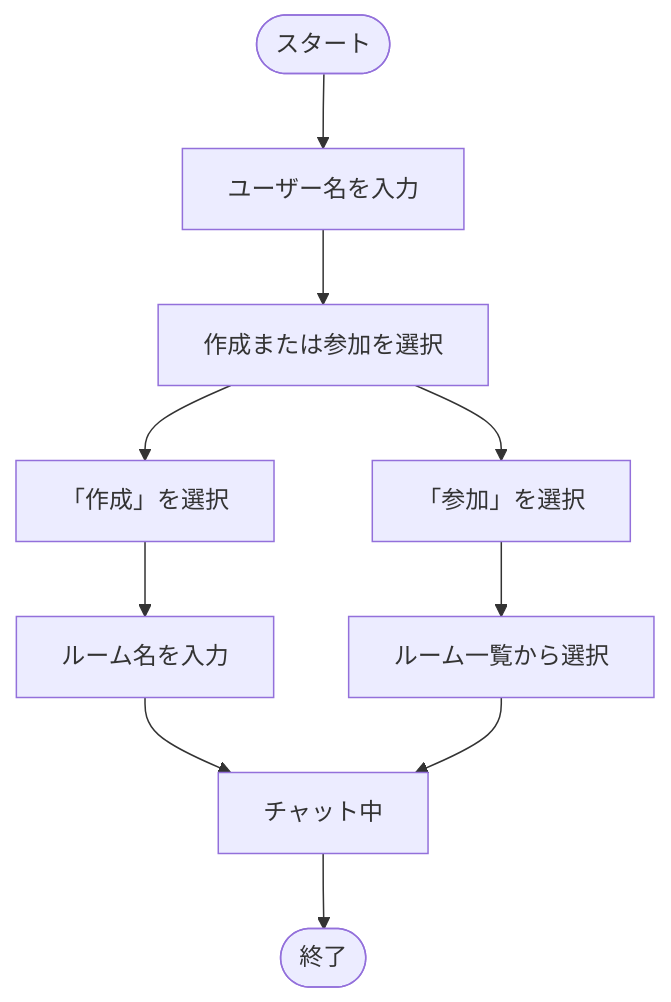
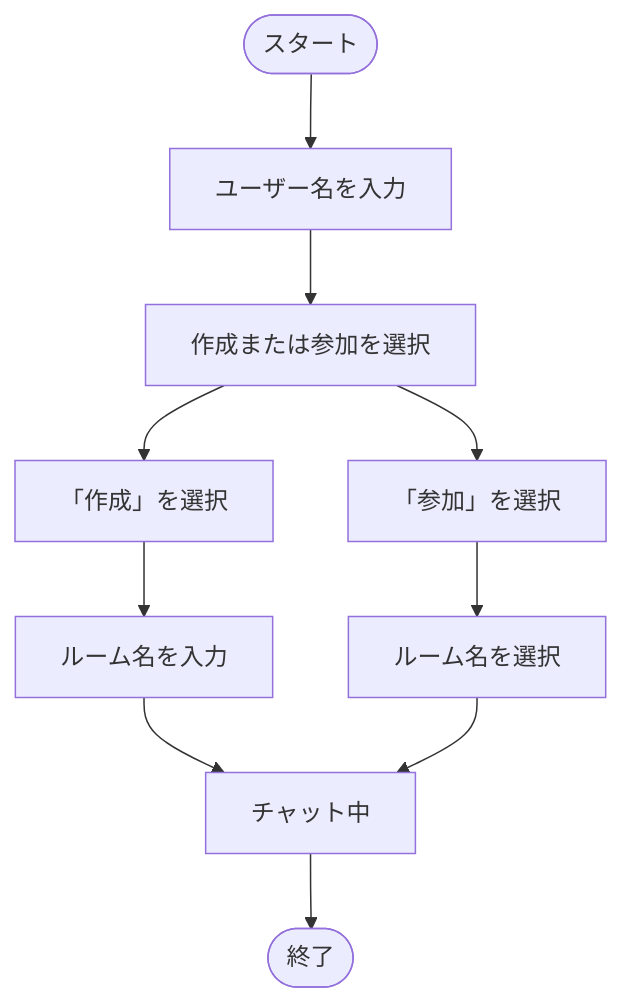
The first of 4 diagrams in README.md (BackendExplorer/Online-Chat-Service), drawn with Mermaid before and after one commit.

````diff
--- a/README.md
+++ b/README.md
@@ -62,23 +62,23 @@
 ```mermaid
 flowchart TD
     Start([スタート])
     入力[ユーザー名を入力]
     選択[作成または参加を選択]
 
     作成1[「作成」を選択]
     ルーム名入力[ルーム名を入力]
 
     参加2[「参加」を選択]
-    ルーム一覧[ルーム一覧から選択]
+    ルーム一覧[ルーム名を選択]
 
     チャット中[チャット中]
     End([終了])
 
     Start --> 入力 --> 選択
 
     選択 --> 作成1 --> ルーム名入力 --> チャット中
     選択 --> 参加2 --> ルーム一覧 --> チャット中
 
     チャット中 --> End
 
 ```
````
